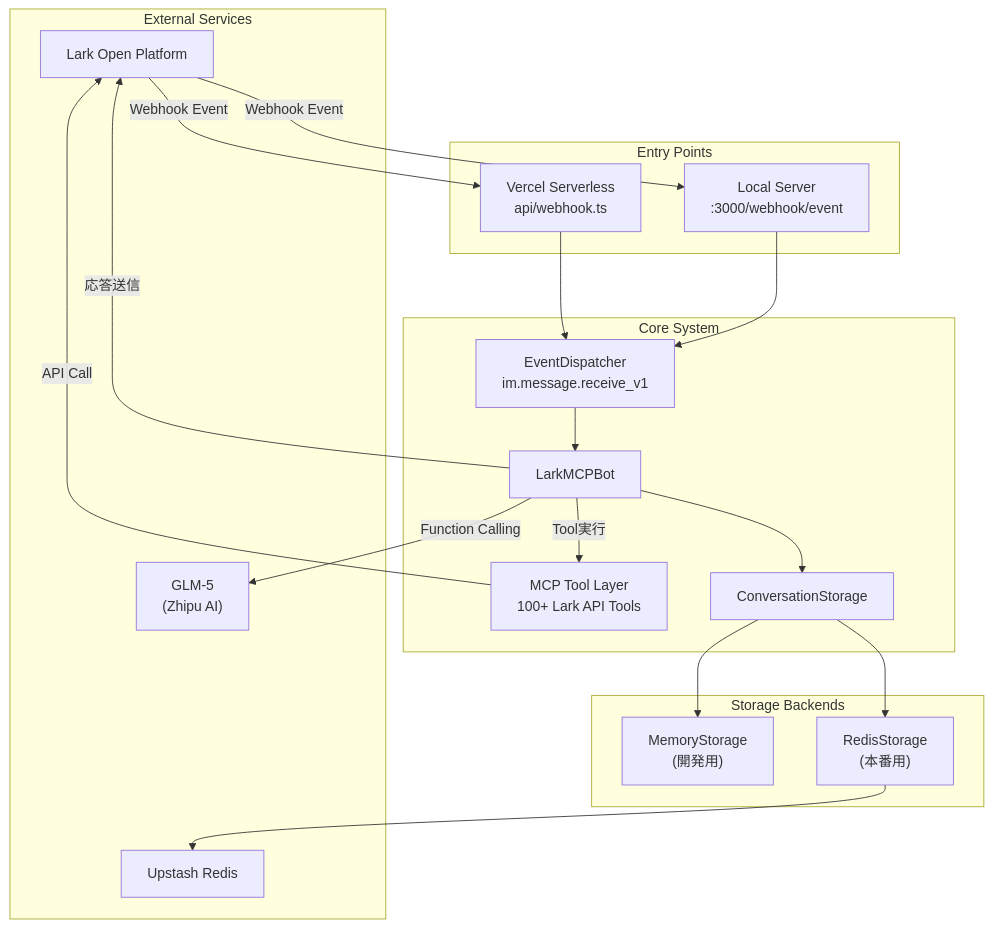
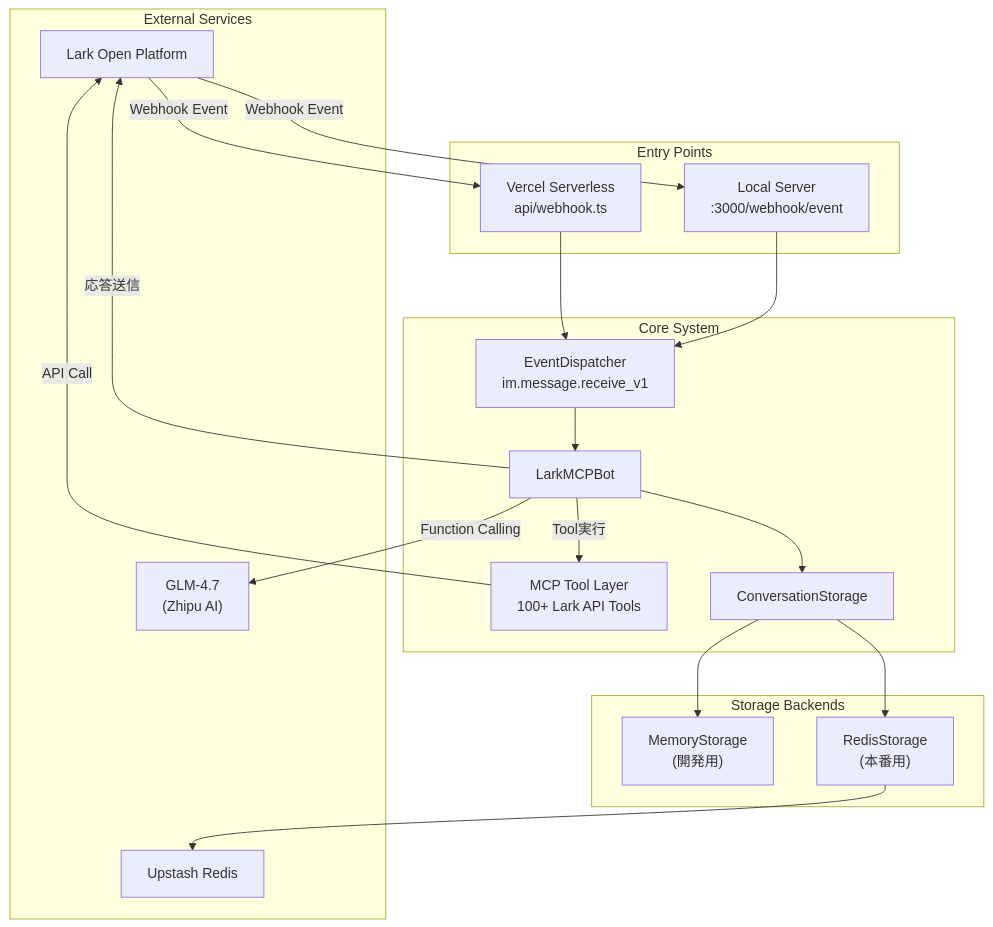
One commit to shoma-endo/lark-mcp-bot changed the first of 4 diagrams in README.md. Above: the diagram before and after it, drawn with Mermaid. The commit also changed other lines of this file and 6 other files, not shown here.

````diff
--- a/README.md
+++ b/README.md
@@ -30,39 +30,39 @@
 ```mermaid
 graph TB
     subgraph "External Services"
         LarkAPI["Lark Open Platform"]
-        GLM["GLM-5<br/>(Zhipu AI)"]
+        GLM["GLM-4.7<br/>(Zhipu AI)"]
         Redis["Upstash Redis"]
     end
 
     subgraph "Entry Points"
         Local["Local Server<br/>:3000/webhook/event"]
         Vercel["Vercel Serverless<br/>api/webhook.ts"]
     end
 
     subgraph "Core System"
         ED["EventDispatcher<br/>im.message.receive_v1"]
         Bot["LarkMCPBot"]
         MCP["MCP Tool Layer<br/>100+ Lark API Tools"]
         Storage["ConversationStorage"]
     end
 
     subgraph "Storage Backends"
         Mem["MemoryStorage<br/>(開発用)"]
         RedisStore["RedisStorage<br/>(本番用)"]
     end
 
     LarkAPI -- "Webhook Event" --> Local
     LarkAPI -- "Webhook Event" --> Vercel
     Local --> ED
     Vercel --> ED
     ED --> Bot
     Bot -- "Function Calling" --> GLM
     Bot -- "Tool実行" --> MCP
     MCP -- "API Call" --> LarkAPI
     Bot --> Storage
     Storage --> Mem
     Storage --> RedisStore
     RedisStore --> Redis
     Bot -- "応答送信" --> LarkAPI
 ```
````
